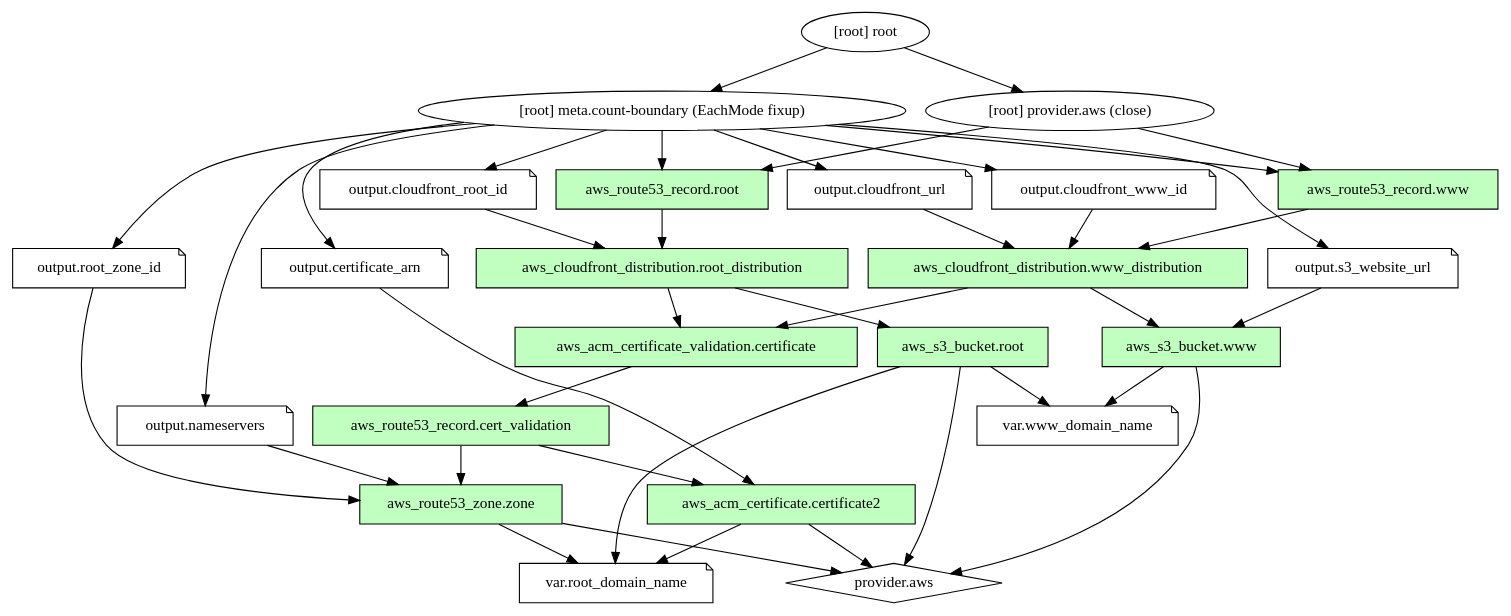
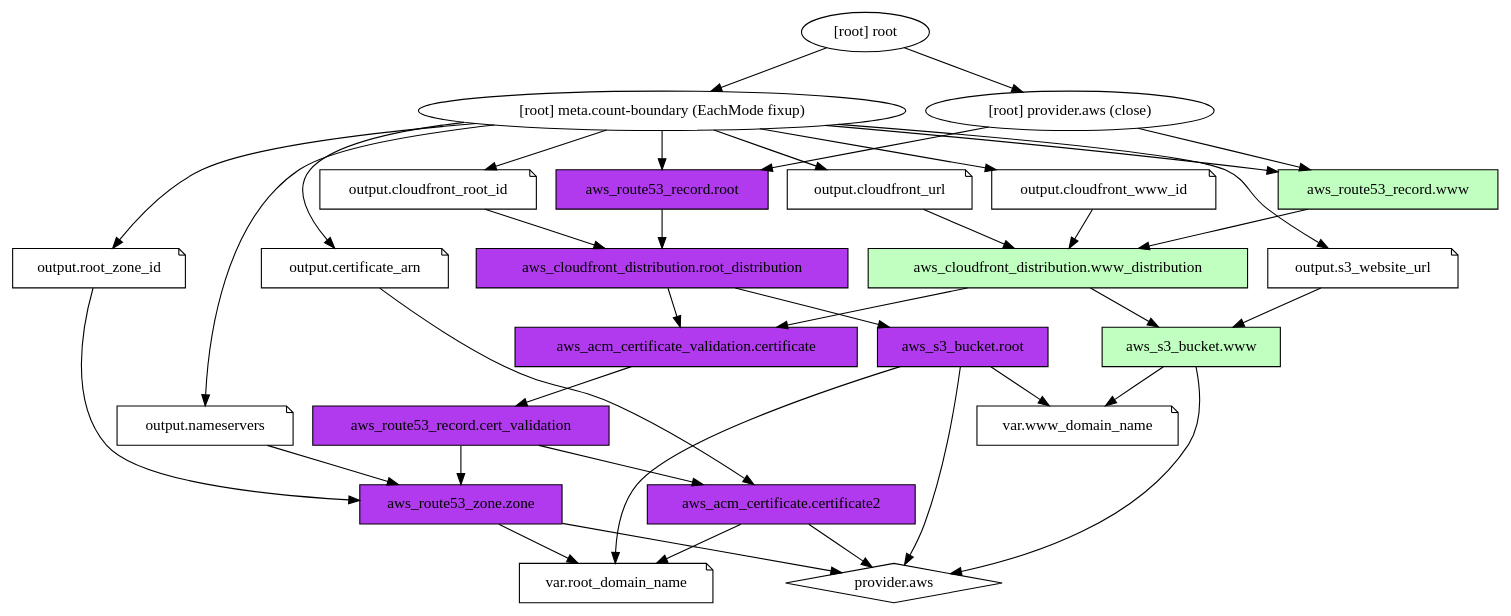
The diagram in infrastructure/graph.dot (grocky/rockygray.com), drawn with Graphviz before and after one commit.

Commit message:
highlight resources that are being migrated

```diff
--- a/infrastructure/graph.dot
+++ b/infrastructure/graph.dot
@@ -1,65 +1,65 @@
 digraph {
 	compound = "true"
 	newrank = "true"
 	subgraph "root" {
-		"[root] aws_acm_certificate.certificate2" [ fillcolor="darkseagreen1" style=filled label = "aws_acm_certificate.certificate2", shape = "box"]
-		"[root] aws_acm_certificate_validation.certificate" [ fillcolor="darkseagreen1" style=filled label = "aws_acm_certificate_validation.certificate", shape = "box"]
-		"[root] aws_cloudfront_distribution.root_distribution" [ fillcolor="darkseagreen1" style=filled label = "aws_cloudfront_distribution.root_distribution", shape = "box"]
+		"[root] aws_acm_certificate.certificate2" [ fillcolor="darkorchid2" style=filled label = "aws_acm_certificate.certificate2", shape = "box"]
+		"[root] aws_acm_certificate_validation.certificate" [ fillcolor="darkorchid2" style=filled label = "aws_acm_certificate_validation.certificate", shape = "box"]
+		"[root] aws_cloudfront_distribution.root_distribution" [ fillcolor="darkorchid2" style=filled label = "aws_cloudfront_distribution.root_distribution", shape = "box"]
 		"[root] aws_cloudfront_distribution.www_distribution" [ fillcolor="darkseagreen1" style=filled label = "aws_cloudfront_distribution.www_distribution", shape = "box"]
-		"[root] aws_route53_record.cert_validation" [ fillcolor="darkseagreen1" style=filled label = "aws_route53_record.cert_validation", shape = "box"]
-		"[root] aws_route53_record.root" [ fillcolor="darkseagreen1" style=filled label = "aws_route53_record.root", shape = "box"]
+		"[root] aws_route53_record.cert_validation" [ fillcolor="darkorchid2" style=filled label = "aws_route53_record.cert_validation", shape = "box"]
+		"[root] aws_route53_record.root" [ fillcolor="darkorchid2" style=filled label = "aws_route53_record.root", shape = "box"]
 		"[root] aws_route53_record.www" [ fillcolor="darkseagreen1" style=filled label = "aws_route53_record.www", shape = "box"]
-		"[root] aws_route53_zone.zone" [fillcolor="darkseagreen1" style=filled label = "aws_route53_zone.zone", shape = "box"]
-		"[root] aws_s3_bucket.root" [fillcolor="darkseagreen1" style=filled label = "aws_s3_bucket.root", shape = "box"]
+		"[root] aws_route53_zone.zone" [fillcolor="darkorchid2" style=filled label = "aws_route53_zone.zone", shape = "box"]
+		"[root] aws_s3_bucket.root" [fillcolor="darkorchid2" style=filled label = "aws_s3_bucket.root", shape = "box"]
 		"[root] aws_s3_bucket.www" [fillcolor="darkseagreen1" style=filled label = "aws_s3_bucket.www", shape = "box"]
 		"[root] output.certificate_arn" [label = "output.certificate_arn", shape = "note"]
 		"[root] output.cloudfront_root_id" [label = "output.cloudfront_root_id", shape = "note"]
 		"[root] output.cloudfront_url" [label = "output.cloudfront_url", shape = "note"]
 		"[root] output.cloudfront_www_id" [label = "output.cloudfront_www_id", shape = "note"]
 		"[root] output.nameservers" [label = "output.nameservers", shape = "note"]
 		"[root] output.root_zone_id" [label = "output.root_zone_id", shape = "note"]
 		"[root] output.s3_website_url" [label = "output.s3_website_url", shape = "note"]
 		"[root] provider.aws" [label = "provider.aws", shape = "diamond"]
 		"[root] var.root_domain_name" [label = "var.root_domain_name", shape = "note"]
 		"[root] var.www_domain_name" [label = "var.www_domain_name", shape = "note"]
 
 		"[root] aws_acm_certificate.certificate2" -> "[root] provider.aws"
 		"[root] aws_acm_certificate.certificate2" -> "[root] var.root_domain_name"
 		"[root] aws_acm_certificate_validation.certificate" -> "[root] aws_route53_record.cert_validation"
 		"[root] aws_cloudfront_distribution.root_distribution" -> "[root] aws_acm_certificate_validation.certificate"
 		"[root] aws_cloudfront_distribution.root_distribution" -> "[root] aws_s3_bucket.root"
 		"[root] aws_cloudfront_distribution.www_distribution" -> "[root] aws_acm_certificate_validation.certificate"
 		"[root] aws_cloudfront_distribution.www_distribution" -> "[root] aws_s3_bucket.www"
 		"[root] aws_route53_record.cert_validation" -> "[root] aws_acm_certificate.certificate2"
 		"[root] aws_route53_record.cert_validation" -> "[root] aws_route53_zone.zone"
 		"[root] aws_route53_record.root" -> "[root] aws_cloudfront_distribution.root_distribution"
 		"[root] aws_route53_record.www" -> "[root] aws_cloudfront_distribution.www_distribution"
 		"[root] aws_route53_zone.zone" -> "[root] provider.aws"
 		"[root] aws_route53_zone.zone" -> "[root] var.root_domain_name"
 		"[root] aws_s3_bucket.root" -> "[root] provider.aws"
 		"[root] aws_s3_bucket.root" -> "[root] var.root_domain_name"
 		"[root] aws_s3_bucket.root" -> "[root] var.www_domain_name"
 		"[root] aws_s3_bucket.www" -> "[root] provider.aws"
 		"[root] aws_s3_bucket.www" -> "[root] var.www_domain_name"
 		"[root] meta.count-boundary (EachMode fixup)" -> "[root] aws_route53_record.root"
 		"[root] meta.count-boundary (EachMode fixup)" -> "[root] aws_route53_record.www"
 		"[root] meta.count-boundary (EachMode fixup)" -> "[root] output.certificate_arn"
 		"[root] meta.count-boundary (EachMode fixup)" -> "[root] output.cloudfront_root_id"
 		"[root] meta.count-boundary (EachMode fixup)" -> "[root] output.cloudfront_url"
 		"[root] meta.count-boundary (EachMode fixup)" -> "[root] output.cloudfront_www_id"
 		"[root] meta.count-boundary (EachMode fixup)" -> "[root] output.nameservers"
 		"[root] meta.count-boundary (EachMode fixup)" -> "[root] output.root_zone_id"
 		"[root] meta.count-boundary (EachMode fixup)" -> "[root] output.s3_website_url"
 		"[root] output.certificate_arn" -> "[root] aws_acm_certificate.certificate2"
 		"[root] output.cloudfront_root_id" -> "[root] aws_cloudfront_distribution.root_distribution"
 		"[root] output.cloudfront_url" -> "[root] aws_cloudfront_distribution.www_distribution"
 		"[root] output.cloudfront_www_id" -> "[root] aws_cloudfront_distribution.www_distribution"
 		"[root] output.nameservers" -> "[root] aws_route53_zone.zone"
 		"[root] output.root_zone_id" -> "[root] aws_route53_zone.zone"
 		"[root] output.s3_website_url" -> "[root] aws_s3_bucket.www"
 		"[root] provider.aws (close)" -> "[root] aws_route53_record.root"
 		"[root] provider.aws (close)" -> "[root] aws_route53_record.www"
 		"[root] root" -> "[root] meta.count-boundary (EachMode fixup)"
 		"[root] root" -> "[root] provider.aws (close)"
 	}
 }
```
